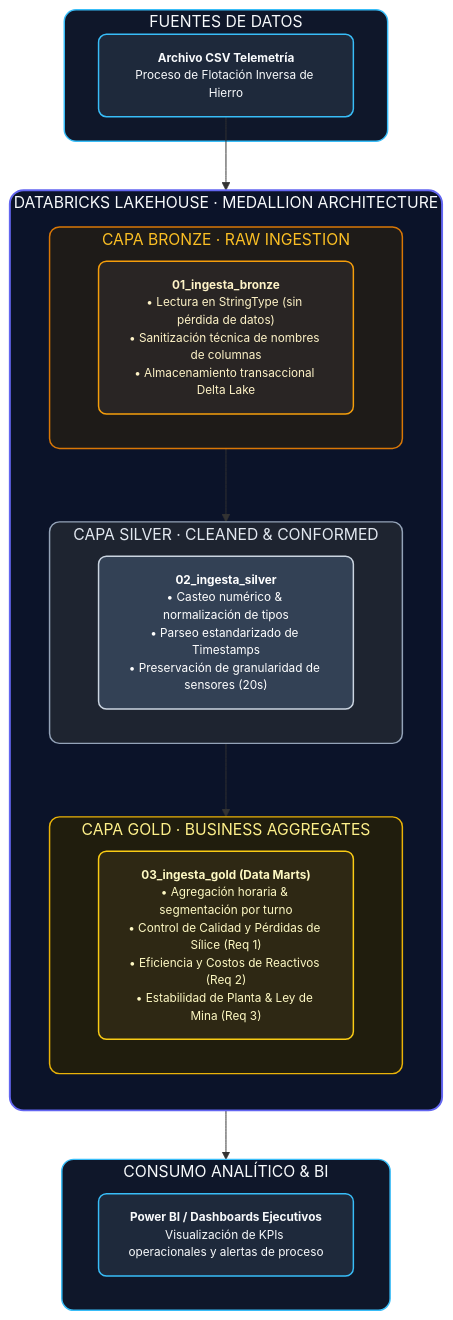
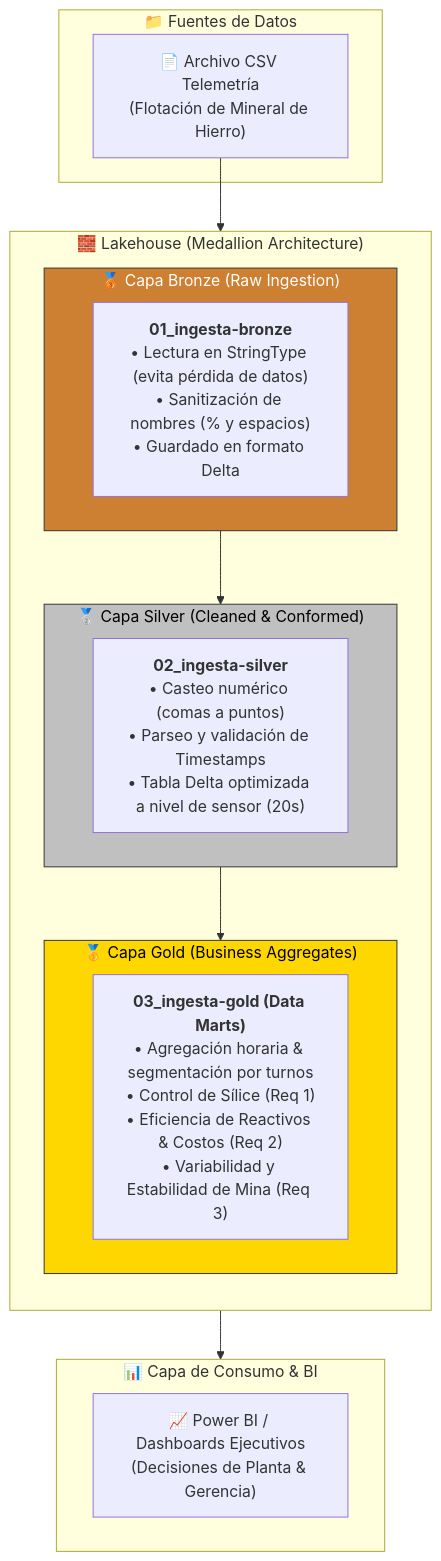
The diagram in README.md (Wedkyy/Mining-pipeline), drawn with Mermaid before and after one commit.

Commit message:
Update README.md with improved flowchart styling

````diff
--- a/README.md
+++ b/README.md
@@ -1,55 +1,36 @@
 ```mermaid
 flowchart TD
-    %% Nodos de Origen
-    subgraph Origen ["FUENTES DE DATOS"]
-        CSV["<b>Archivo CSV Telemetría</b><br/>Proceso de Flotación Inversa de Hierro"]
+    subgraph Origen ["📁 Fuentes de Datos"]
+        CSV["📄 Archivo CSV Telemetría<br/>(Flotación de Mineral de Hierro)"]
     end
 
-    %% Nodos de Lakehouse Databricks
-    subgraph Lakehouse ["DATABRICKS LAKEHOUSE · MEDALLION ARCHITECTURE"]
+    subgraph Databricks ["🧱 Lakehouse (Medallion Architecture)"]
         direction TB
         
-        subgraph Bronze ["CAPA BRONZE · RAW INGESTION"]
-            B1["<b>01_ingesta_bronze</b><br/>• Lectura en StringType (sin pérdida de datos)<br/>• Sanitización técnica de nombres de columnas<br/>• Almacenamiento transaccional Delta Lake"]
+        subgraph Bronze ["🥉 Capa Bronze (Raw Ingestion)"]
+            B1["<b>01_ingesta-bronze</b><br/>• Lectura en StringType (evita pérdida de datos)<br/>• Sanitización de nombres (% y espacios)<br/>• Guardado en formato Delta"]
         end
 
-        subgraph Silver ["CAPA SILVER · CLEANED & CONFORMED"]
-            S1["<b>02_ingesta_silver</b><br/>• Casteo numérico & normalización de tipos<br/>• Parseo estandarizado de Timestamps<br/>• Preservación de granularidad de sensores (20s)"]
+        subgraph Silver ["🥈 Capa Silver (Cleaned & Conformed)"]
+            S1["<b>02_ingesta-silver</b><br/>• Casteo numérico (comas a puntos)<br/>• Parseo y validación de Timestamps<br/>• Tabla Delta optimizada a nivel de sensor (20s)"]
         end
 
-        subgraph Gold ["CAPA GOLD · BUSINESS AGGREGATES"]
-            G1["<b>03_ingesta_gold (Data Marts)</b><br/>• Agregación horaria & segmentación por turno<br/>• Control de Calidad y Pérdidas de Sílice (Req 1)<br/>• Eficiencia y Costos de Reactivos (Req 2)<br/>• Estabilidad de Planta & Ley de Mina (Req 3)"]
+        subgraph Gold ["🥇 Capa Gold (Business Aggregates)"]
+            G1["<b>03_ingesta-gold (Data Marts)</b><br/>• Agregación horaria & segmentación por turnos<br/>• Control de Sílice (Req 1)<br/>• Eficiencia de Reactivos & Costos (Req 2)<br/>• Variabilidad y Estabilidad de Mina (Req 3)"]
         end
 
         Bronze --> Silver
         Silver --> Gold
     end
 
-    %% Nodos de Consumo
-    subgraph Consumo ["CONSUMO ANALÍTICO & BI"]
-        BI["<b>Power BI / Dashboards Ejecutivos</b><br/>Visualización de KPIs operacionales y alertas de proceso"]
+    subgraph Consumo ["📊 Capa de Consumo & BI"]
+        BI["📈 Power BI / Dashboards Ejecutivos<br/>(Decisiones de Planta & Gerencia)"]
     end
 
     CSV --> Bronze
     Gold --> Consumo
 
-    %% Estilos Globales: Paleta Modern Tech (Dark Slate / Bronze / Silver / Gold)
-    classDef default font-family:Inter,Segoe UI,Arial,sans-serif,font-size:12px;
-
-    %% Contenedores Principales
-    style Origen fill:#0f172a,stroke:#38bdf8,stroke-width:1.5px,color:#f8fafc,rx:12,ry:12
-    style Lakehouse fill:#0b1329,stroke:#6366f1,stroke-width:2px,color:#f8fafc,rx:14,ry:14
-    style Consumo fill:#0f172a,stroke:#38bdf8,stroke-width:1.5px,color:#f8fafc,rx:12,ry:12
-
-    %% Capas Medallion (Contenedores)
-    style Bronze fill:#1e1b18,stroke:#d97706,stroke-width:1.5px,color:#fbbf24,rx:10,ry:10
-    style Silver fill:#1e2430,stroke:#94a3b8,stroke-width:1.5px,color:#e2e8f0,rx:10,ry:10
-    style Gold fill:#201d0d,stroke:#eab308,stroke-width:1.5px,color:#fef08a,rx:10,ry:10
-
-    %% Nodos Internos (Tarjetas uniformes con alto contraste)
-    style CSV fill:#1e293b,stroke:#38bdf8,stroke-width:1.5px,color:#f8fafc,rx:8,ry:8
-    style B1 fill:#292524,stroke:#f59e0b,stroke-width:1.5px,color:#fef3c7,rx:8,ry:8
-    style S1 fill:#334155,stroke:#cbd5e1,stroke-width:1.5px,color:#ffffff,rx:8,ry:8
-    style G1 fill:#2e2814,stroke:#facc15,stroke-width:1.5px,color:#fef9c3,rx:8,ry:8
-    style BI fill:#1e293b,stroke:#38bdf8,stroke-width:1.5px,color:#f8fafc,rx:8,ry:8
+    style Bronze fill:#cd7f32,stroke:#333,stroke-width:1px,color:#fff
+    style Silver fill:#c0c0c0,stroke:#333,stroke-width:1px,color:#000
+    style Gold fill:#ffd700,stroke:#333,stroke-width:1px,color:#000
 ```
````
